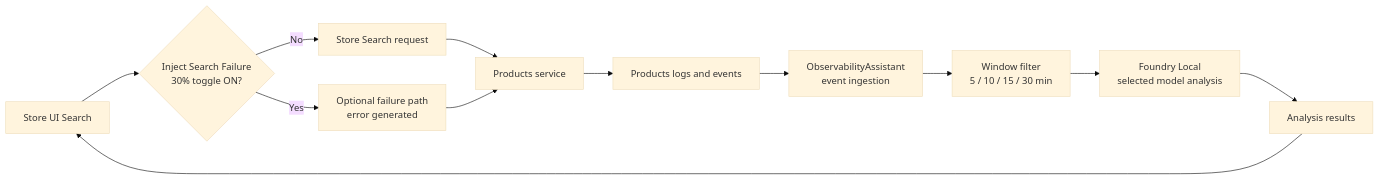
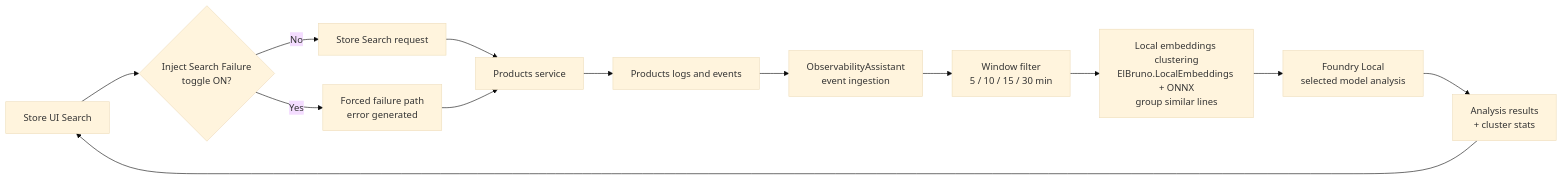
The diagram in scenarios/13-ObservabilityAssistantFoundryLocal/README.md (Azure-Samples/eShopLite), drawn with Mermaid (base theme) before and after one commit. The commit also changed other lines of this file and 35 other files, not shown here.

First line of the commit message:
Scenario 13: wire local embeddings clustering + demo docs

````diff
--- a/scenarios/13-ObservabilityAssistantFoundryLocal/README.md
+++ b/scenarios/13-ObservabilityAssistantFoundryLocal/README.md
@@ -19,14 +25,15 @@
 ```mermaid
 flowchart LR
-    U[Store UI Search] --> T{Inject Search Failure<br/>30% toggle ON?}
+    U[Store UI Search] --> T{Inject Search Failure<br/>toggle ON?}
     T -->|No| S[Store Search request]
-    T -->|Yes| F[Optional failure path<br/>error generated]
+    T -->|Yes| F[Forced failure path<br/>error generated]
     S --> P[Products service]
     F --> P
     P --> L[Products logs and events]
     L --> O[ObservabilityAssistant<br/>event ingestion]
     O --> W[Window filter<br/>5 / 10 / 15 / 30 min]
-    W --> M[Foundry Local<br/>selected model analysis]
-    M --> R[Analysis results]
+    W --> E[Local embeddings clustering<br/>ElBruno.LocalEmbeddings + ONNX<br/>group similar lines]
+    E --> M[Foundry Local<br/>selected model analysis]
+    M --> R[Analysis results<br/>+ cluster stats]
     R --> U
 ```
````
